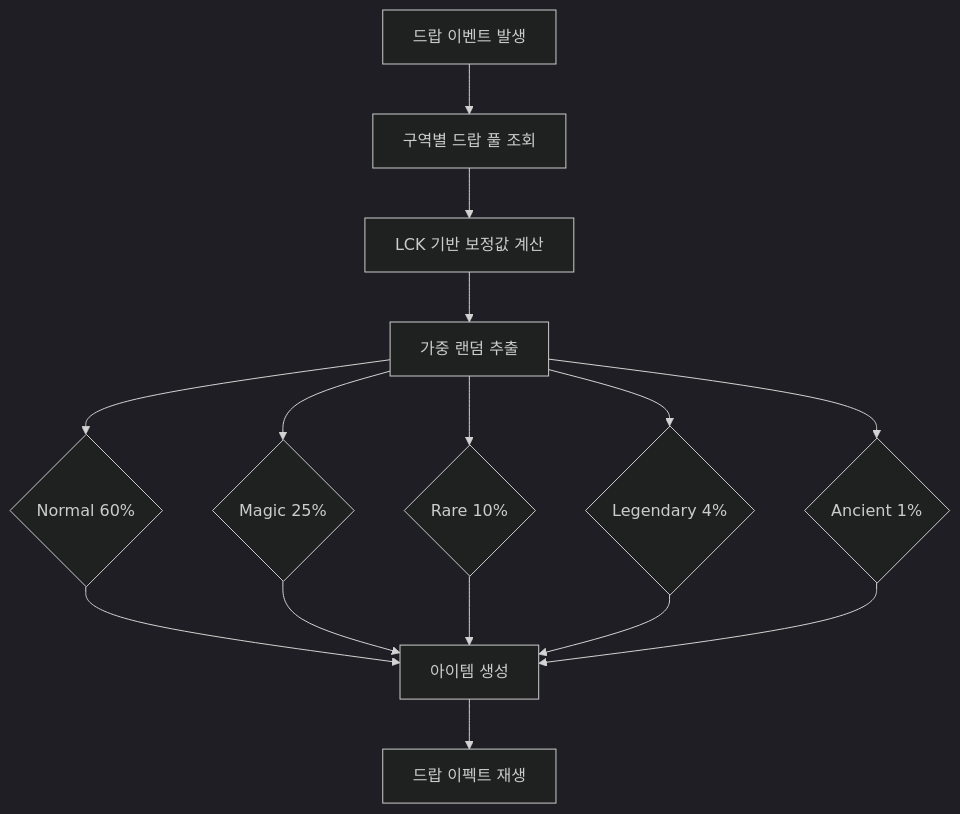
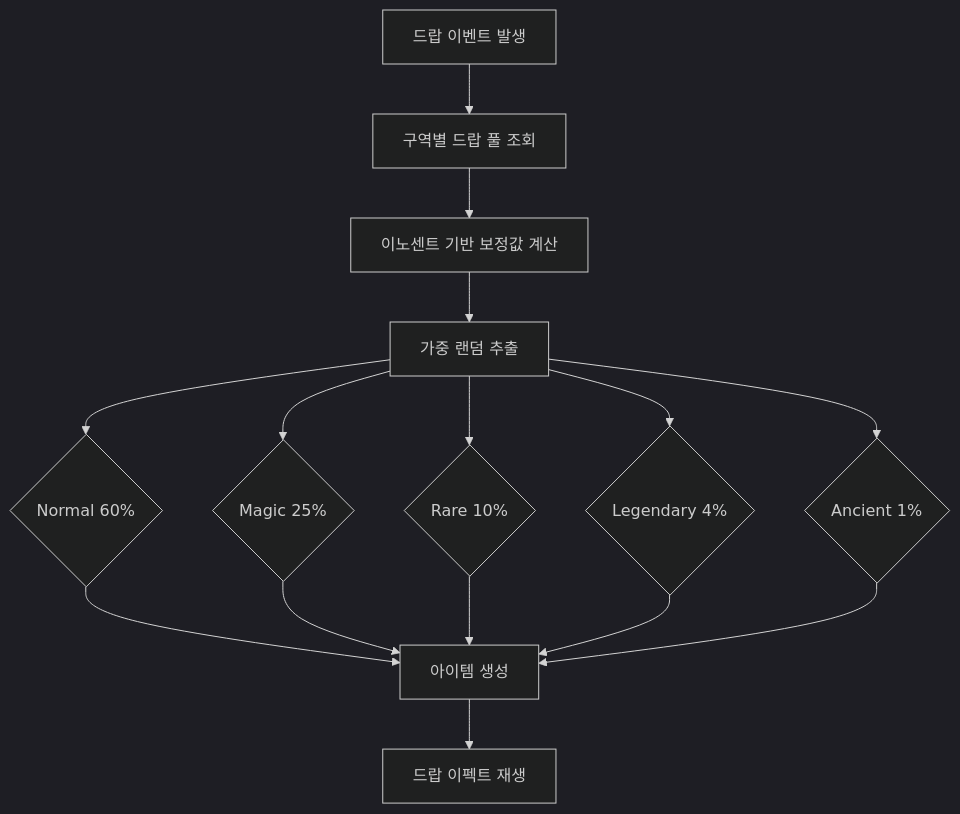
The first of 2 diagrams in Documents/System/System_Equipment_Rarity.md (Biskraft/ProjectAbyss), drawn with Mermaid (dark theme) before and after one commit. The commit also changed other lines of this file and 62 other files, not shown here.

````diff
--- a/Documents/System/System_Equipment_Rarity.md
+++ b/Documents/System/System_Equipment_Rarity.md
@@ -137,17 +136,17 @@
 ```mermaid
 graph TD
     DROP[드랍 이벤트 발생] --> ZONE[구역별 드랍 풀 조회]
-    ZONE --> LCK[LCK 기반 보정값 계산]
-    LCK --> ROLL[가중 랜덤 추출]
+    ZONE --> BONUS[이노센트 기반 보정값 계산]
+    BONUS --> ROLL[가중 랜덤 추출]
     ROLL --> N{Normal 60%}
     ROLL --> MG{Magic 25%}
     ROLL --> R{Rare 10%}
     ROLL --> L{Legendary 4%}
     ROLL --> A{Ancient 1%}
     N --> ITEM[아이템 생성]
     MG --> ITEM
     R --> ITEM
     L --> ITEM
     A --> ITEM
     ITEM --> FX[드랍 이펙트 재생]
 ```
````
